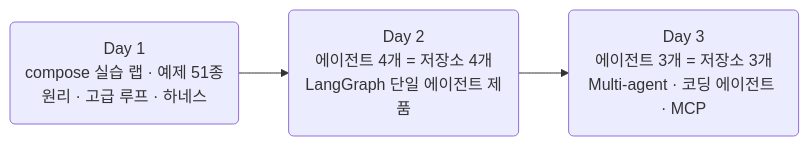
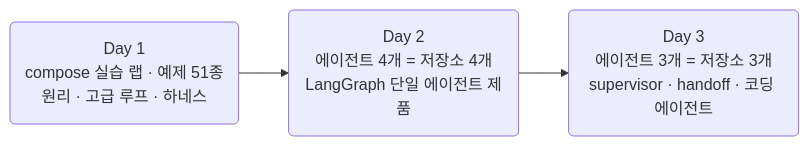
The first of 2 diagrams in site/src/content/pages/ko/about.mdx (2026-ai-agents/2026-ai-agents), drawn with Mermaid before and after one commit. The commit also changed other lines of this file and 7 other files, not shown here.

````diff
--- a/site/src/content/pages/ko/about.mdx
+++ b/site/src/content/pages/ko/about.mdx
@@ -23,5 +23,5 @@
 ```mermaid
 flowchart LR
     D1("Day 1<br/>compose 실습 랩 · 예제 51종<br/>원리 · 고급 루프 · 하네스") --> D2("Day 2<br/>에이전트 4개 = 저장소 4개<br/>LangGraph 단일 에이전트 제품")
-    D2 --> D3("Day 3<br/>에이전트 3개 = 저장소 3개<br/>Multi-agent · 코딩 에이전트 · MCP")
+    D2 --> D3("Day 3<br/>에이전트 3개 = 저장소 3개<br/>supervisor · handoff · 코딩 에이전트")
 ```
````
